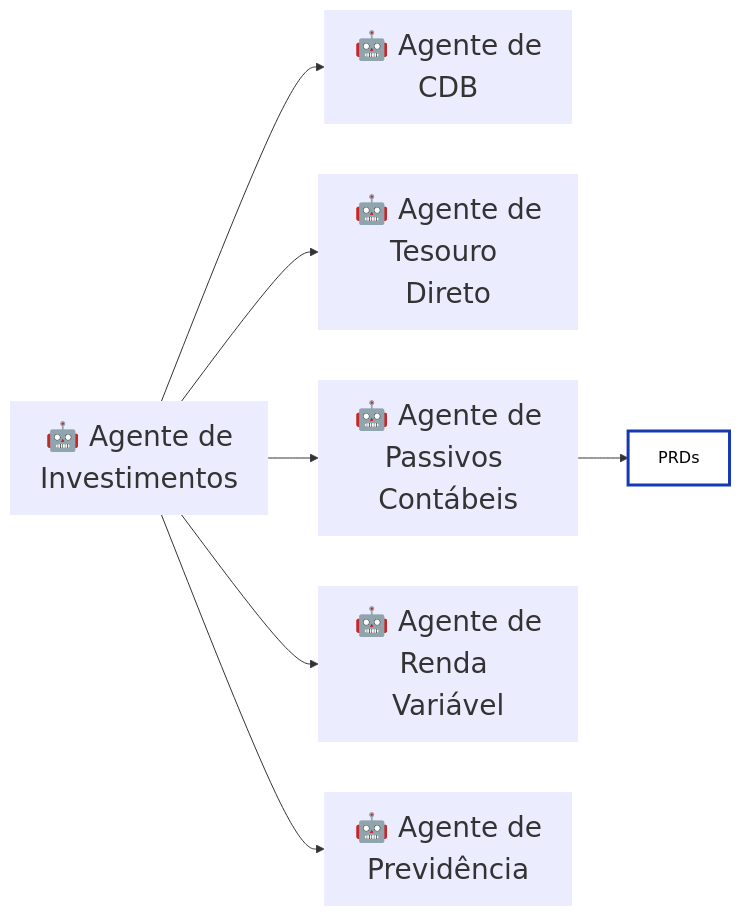
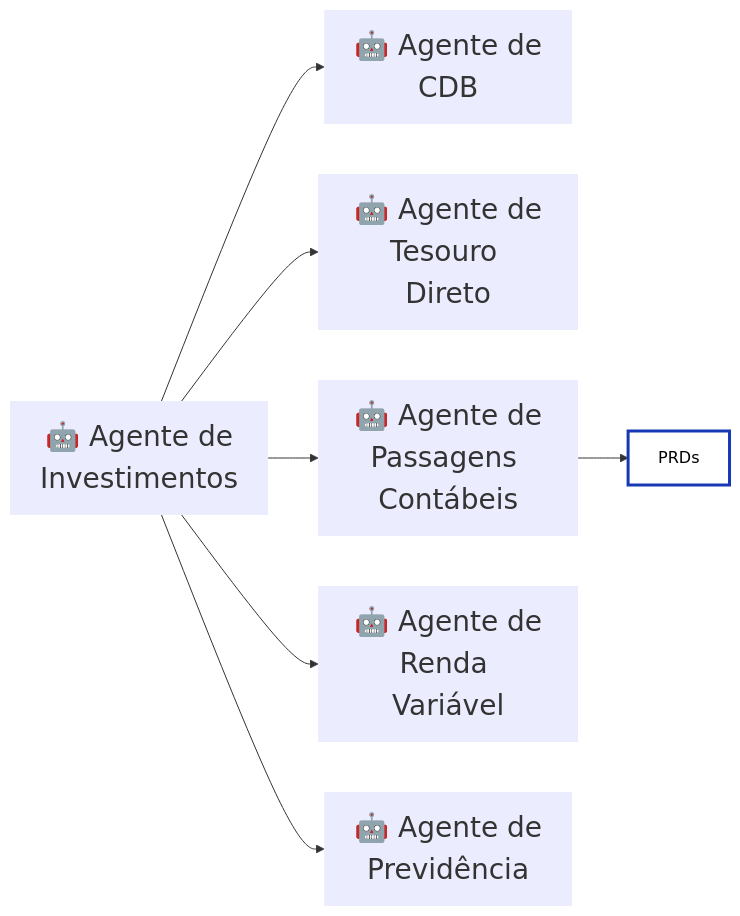
One commit to diegolirio/workflow-ai-first changed the eighth of 8 diagrams in readme.md. Above: the diagram before and after it, drawn with Mermaid.

Commit message:
Rename agent from 'Passivos Contábeis' to 'Passagens Contábeis'

````diff
--- a/readme.md
+++ b/readme.md
@@ -694,18 +694,18 @@
 ```mermaid
 flowchart LR
     I[🤖 Agente de<br/>Investimentos]:::agent
     C[🤖 Agente de<br/>CDB]:::agent
     T[🤖 Agente de<br/>Tesouro Direto]:::agent
-    P[🤖 Agente de<br/>Passivos Contábeis]:::agent
+    P[🤖 Agente de<br/>Passagens Contábeis]:::agent
     R[🤖 Agente de<br/>Renda Variável]:::agent
     V[🤖 Agente de<br/>Previdência]:::agent
     D[PRDs]:::docs
     I --> C
     I --> T
     I --> P
     I --> R
     I --> V
     P --> D
     classDef agent stroke:#000,stroke-width:0px,font-size:28px;
     classDef docs fill:#fff,stroke:#1638b3,color:#000,stroke-width:3px;
 ```
````
